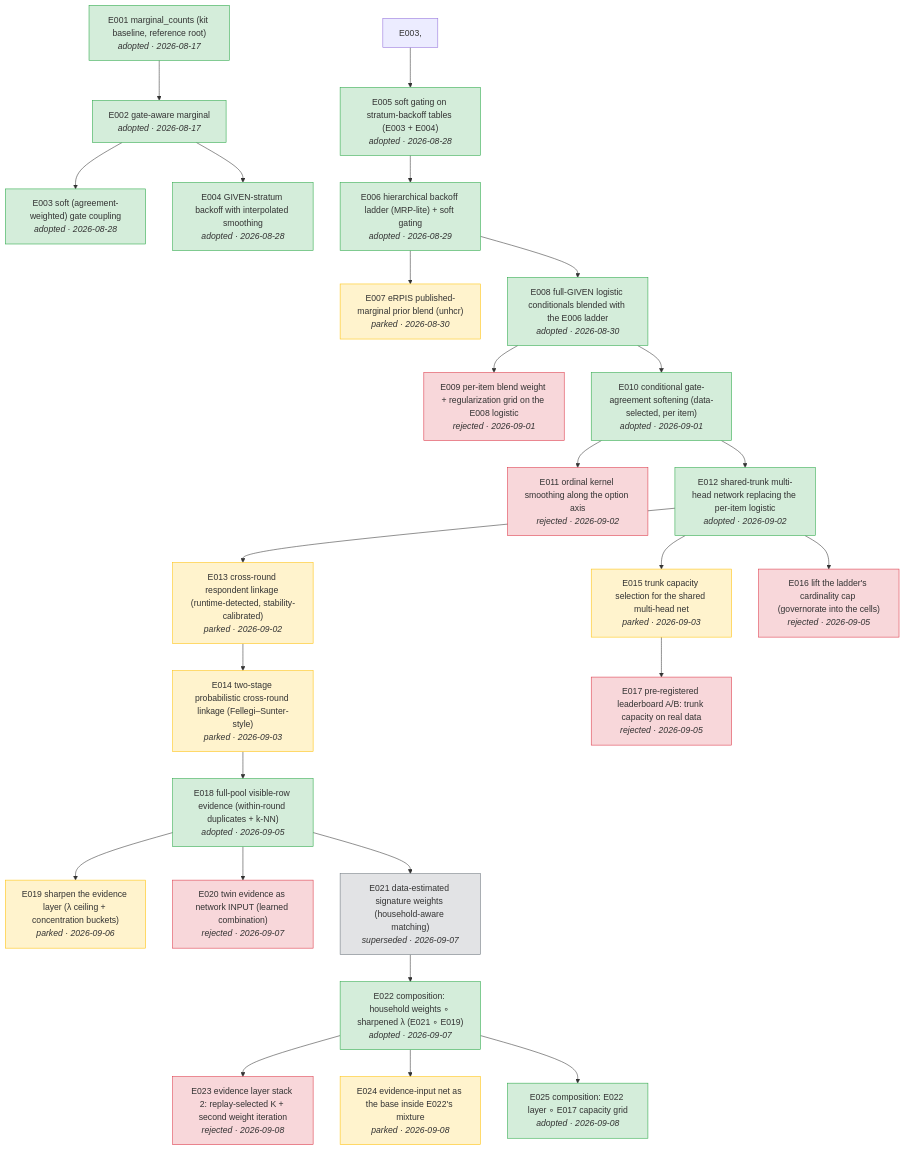
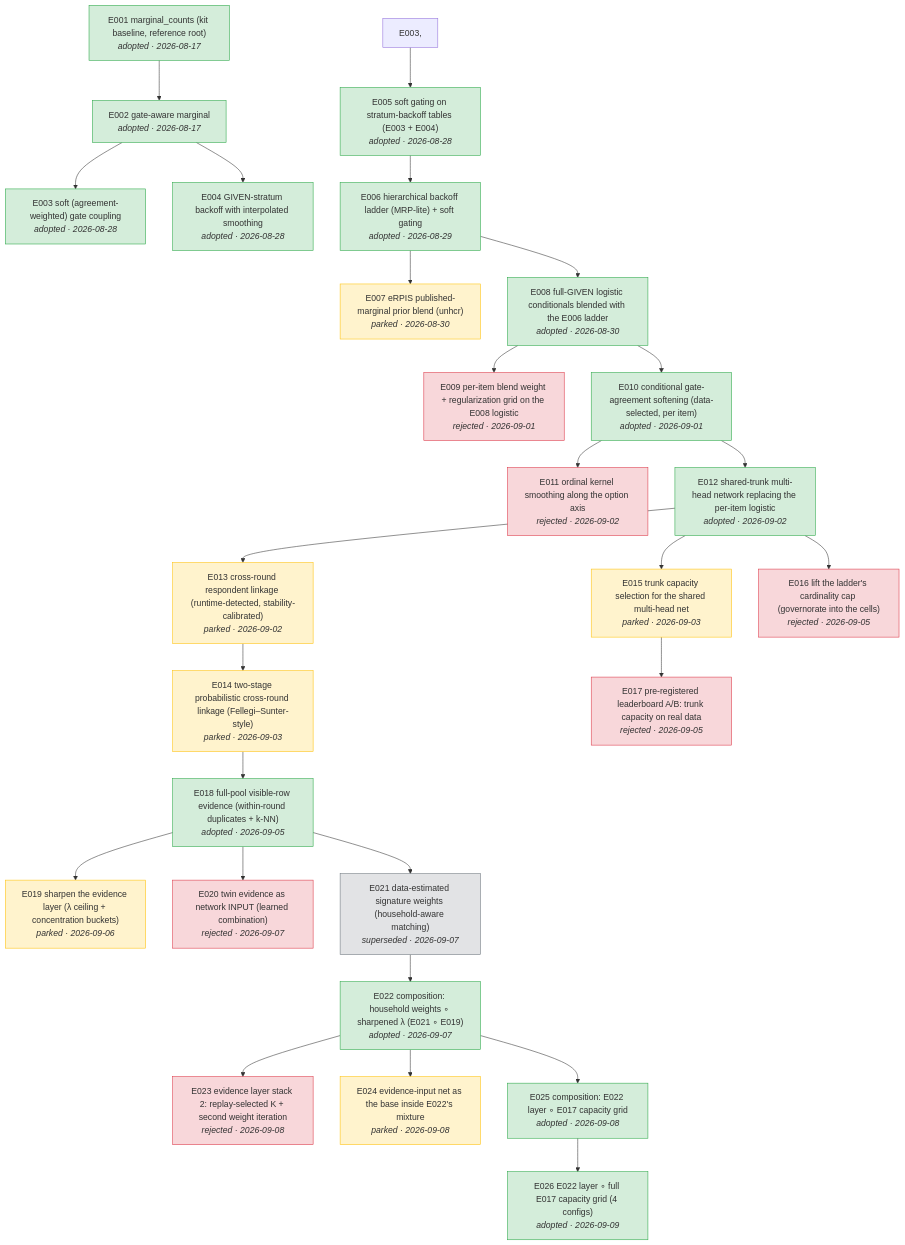
The diagram in docs/tree.md (joon56/Simulacrabench-NeurIPS-2026-), drawn with Mermaid before and after one commit. The commit also changed 5 other files, not shown here.

First line of the commit message:
E026: E022 layer o full E017 capacity grid (4 configs), submission #14

````diff
--- a/docs/tree.md
+++ b/docs/tree.md
@@ -5,60 +5,62 @@
 ```mermaid
 flowchart TD
     E001["E001 marginal_counts (kit baseline, reference root)<br/><i>adopted · 2026-08-17</i>"]
     E002["E002 gate-aware marginal<br/><i>adopted · 2026-08-17</i>"]
     E001 --> E002
     E003["E003 soft (agreement-weighted) gate coupling<br/><i>adopted · 2026-08-28</i>"]
     E002 --> E003
     E004["E004 GIVEN-stratum backoff with interpolated smoothing<br/><i>adopted · 2026-08-28</i>"]
     E002 --> E004
     E005["E005 soft gating on stratum-backoff tables (E003 + E004)<br/><i>adopted · 2026-08-28</i>"]
     E003, --> E005
     E006["E006 hierarchical backoff ladder (MRP-lite) + soft gating<br/><i>adopted · 2026-08-29</i>"]
     E005 --> E006
     E007["E007 eRPIS published-marginal prior blend (unhcr)<br/><i>parked · 2026-08-30</i>"]
     E006 --> E007
     E008["E008 full-GIVEN logistic conditionals blended with the E006 ladder<br/><i>adopted · 2026-08-30</i>"]
     E006 --> E008
     E009["E009 per-item blend weight + regularization grid on the E008 logistic<br/><i>rejected · 2026-09-01</i>"]
     E008 --> E009
     E010["E010 conditional gate-agreement softening (data-selected, per item)<br/><i>adopted · 2026-09-01</i>"]
     E008 --> E010
     E011["E011 ordinal kernel smoothing along the option axis<br/><i>rejected · 2026-09-02</i>"]
     E010 --> E011
     E012["E012 shared-trunk multi-head network replacing the per-item logistic<br/><i>adopted · 2026-09-02</i>"]
     E010 --> E012
     E013["E013 cross-round respondent linkage (runtime-detected, stability-calibrated)<br/><i>parked · 2026-09-02</i>"]
     E012 --> E013
     E014["E014 two-stage probabilistic cross-round linkage (Fellegi–Sunter-style)<br/><i>parked · 2026-09-03</i>"]
     E013 --> E014
     E015["E015 trunk capacity selection for the shared multi-head net<br/><i>parked · 2026-09-03</i>"]
     E012 --> E015
     E016["E016 lift the ladder's cardinality cap (governorate into the cells)<br/><i>rejected · 2026-09-05</i>"]
     E012 --> E016
     E017["E017 pre-registered leaderboard A/B: trunk capacity on real data<br/><i>rejected · 2026-09-05</i>"]
     E015 --> E017
     E018["E018 full-pool visible-row evidence (within-round duplicates + k-NN)<br/><i>adopted · 2026-09-05</i>"]
     E014 --> E018
     E019["E019 sharpen the evidence layer (λ ceiling + concentration buckets)<br/><i>parked · 2026-09-06</i>"]
     E018 --> E019
     E020["E020 twin evidence as network INPUT (learned combination)<br/><i>rejected · 2026-09-07</i>"]
     E018 --> E020
     E021["E021 data-estimated signature weights (household-aware matching)<br/><i>superseded · 2026-09-07</i>"]
     E018 --> E021
     E022["E022 composition: household weights ∘ sharpened λ (E021 ∘ E019)<br/><i>adopted · 2026-09-07</i>"]
     E021 --> E022
     E023["E023 evidence layer stack 2: replay-selected K + second weight iteration<br/><i>rejected · 2026-09-08</i>"]
     E022 --> E023
     E024["E024 evidence-input net as the base inside E022's mixture<br/><i>parked · 2026-09-08</i>"]
     E022 --> E024
     E025["E025 composition: E022 layer ∘ E017 capacity grid<br/><i>adopted · 2026-09-08</i>"]
     E022 --> E025
+    E026["E026 E022 layer ∘ full E017 capacity grid (4 configs)<br/><i>adopted · 2026-09-09</i>"]
+    E025 --> E026
     classDef adopted fill:#d4edda,stroke:#28a745
-    class E001,E002,E003,E004,E005,E006,E008,E010,E012,E018,E022,E025 adopted
+    class E001,E002,E003,E004,E005,E006,E008,E010,E012,E018,E022,E025,E026 adopted
     classDef rejected fill:#f8d7da,stroke:#dc3545
     class E009,E011,E016,E017,E020,E023 rejected
     classDef parked fill:#fff3cd,stroke:#ffc107
     class E007,E013,E014,E015,E019,E024 parked
     classDef superseded fill:#e2e3e5,stroke:#6c757d
     class E021 superseded
 ```
````
